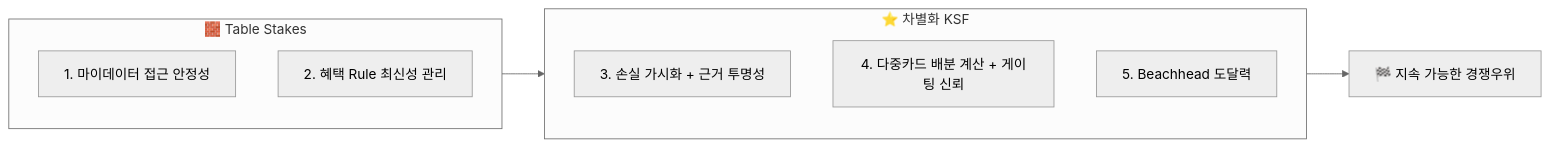
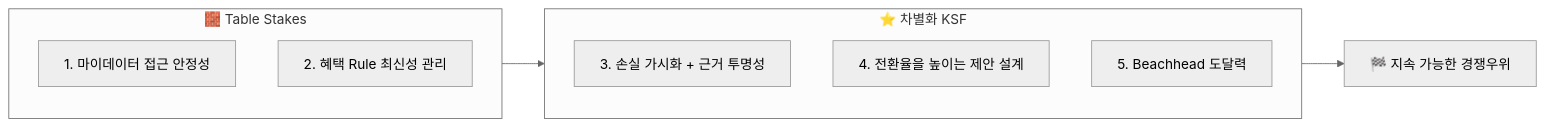
Before and after one commit to jennie-brain/team-project_2nd: the diagram in 윤정/확정본/03_KSF.md, drawn with Mermaid (neutral theme). The commit also changed other lines of this file, not shown here.

First line of the commit message:
KSF #4를 전환율을 높이는 제안 설계 역량으로 재작성

````diff
--- a/윤정/확정본/03_KSF.md
+++ b/윤정/확정본/03_KSF.md
@@ -8,16 +6,16 @@
 ```mermaid
 flowchart LR
     subgraph TS["🧱 Table Stakes"]
         direction TB
         K1["1. 마이데이터 접근 안정성"]
         K2["2. 혜택 Rule 최신성 관리"]
     end
     subgraph DF["⭐ 차별화 KSF"]
         direction TB
         K3["3. 손실 가시화 + 근거 투명성"]
-        K4["4. 다중카드 배분 계산 + 게이팅 신뢰"]
+        K4["4. 전환율을 높이는 제안 설계"]
         K5["5. Beachhead 도달력"]
     end
     TS --> DF
     DF --> W["🏁 지속 가능한 경쟁우위"]
 ```
````
